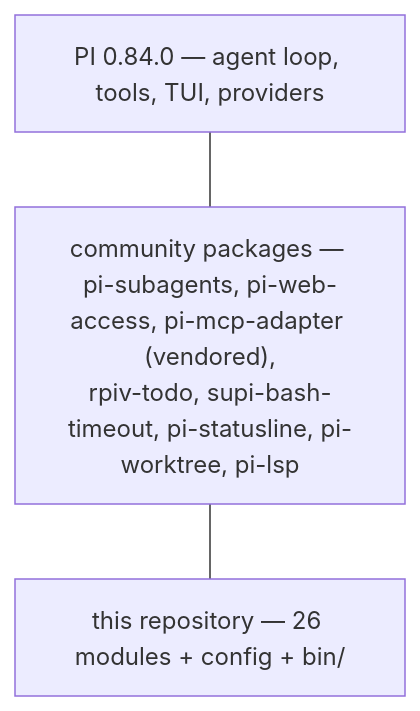
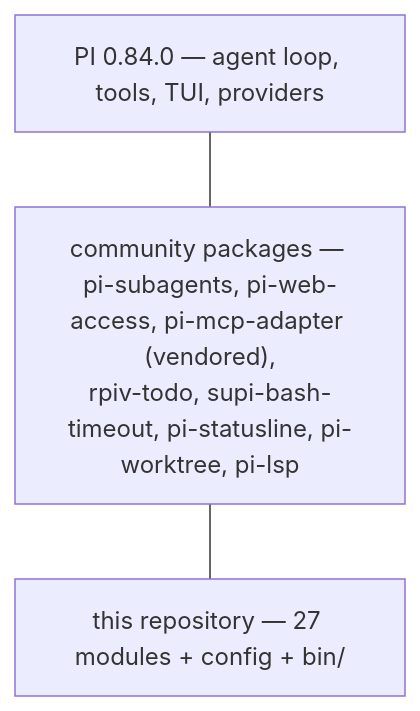
The second of 3 diagrams in docs/concepts/architecture.md (DresvyanskiyDenis/PiON), drawn with Mermaid before and after one commit. The commit also changed other lines of this file and 35 other files, not shown here.

````diff
--- a/docs/concepts/architecture.md
+++ b/docs/concepts/architecture.md
@@ -88,7 +88,7 @@
 ```mermaid
 flowchart TB
     PI["PI 0.84.0 — agent loop, tools, TUI, providers"]
     PKG["community packages — pi-subagents, pi-web-access, pi-mcp-adapter (vendored),<br/>rpiv-todo, supi-bash-timeout, pi-statusline, pi-worktree, pi-lsp"]
-    OURS["this repository — 26 modules + config + bin/"]
+    OURS["this repository — 27 modules + config + bin/"]
     PI --- PKG --- OURS
 ```
````
